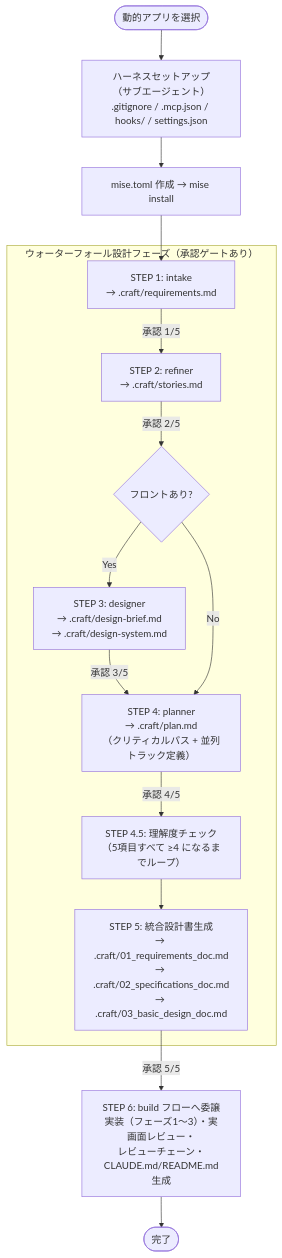
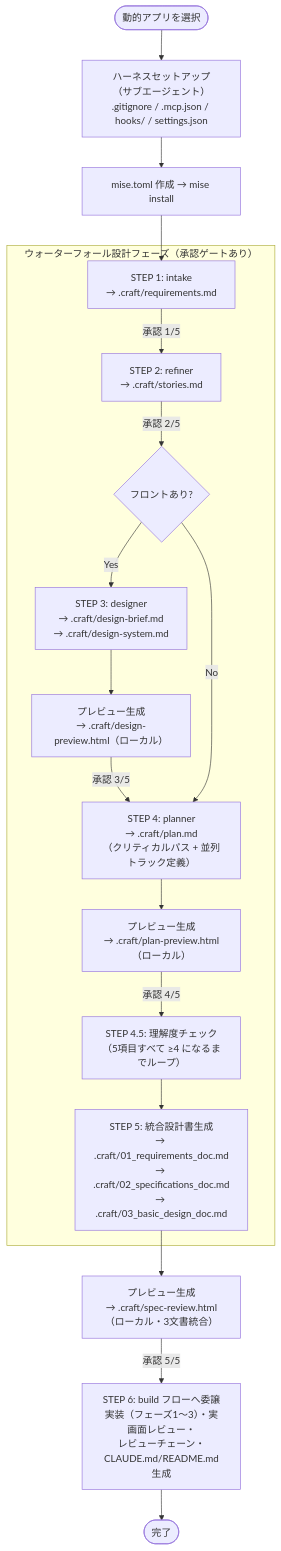
The diagram in claude/skills/craft/flows/new-project/README.md (agaemo/dotfiles), drawn with Mermaid before and after one commit. The commit also changed 9 other files, not shown here.

````diff
--- a/claude/skills/craft/flows/new-project/README.md
+++ b/claude/skills/craft/flows/new-project/README.md
@@ -6,31 +6,34 @@
 ```mermaid
 flowchart TD
     START([動的アプリを選択]) --> SETUP
 
     SETUP["ハーネスセットアップ\n（サブエージェント）\n.gitignore / .mcp.json / hooks/ / settings.json"]
     SETUP --> MISE["mise.toml 作成 → mise install"]
     MISE --> S1
 
     subgraph DESIGN["ウォーターフォール設計フェーズ（承認ゲートあり）"]
         S1["STEP 1: intake\n→ .craft/requirements.md"]
         S1 -->|承認 1/5| S2
         S2["STEP 2: refiner\n→ .craft/stories.md"]
         S2 -->|承認 2/5| S3_CHECK
 
         S3_CHECK{フロントあり?}
         S3_CHECK -->|Yes| S3["STEP 3: designer\n→ .craft/design-brief.md\n→ .craft/design-system.md"]
-        S3 -->|承認 3/5| S4
+        S3 --> S3P["プレビュー生成\n→ .craft/design-preview.html（ローカル）"]
+        S3P -->|承認 3/5| S4
         S3_CHECK -->|No| S4
 
         S4["STEP 4: planner\n→ .craft/plan.md\n（クリティカルパス + 並列トラック定義）"]
-        S4 -->|承認 4/5| S45
+        S4 --> S4P["プレビュー生成\n→ .craft/plan-preview.html（ローカル）"]
+        S4P -->|承認 4/5| S45
         S45["STEP 4.5: 理解度チェック\n（5項目すべて ≥4 になるまでループ）"]
         S45 --> S5
     end
 
     S5["STEP 5: 統合設計書生成\n→ .craft/01_requirements_doc.md\n→ .craft/02_specifications_doc.md\n→ .craft/03_basic_design_doc.md"]
-    S5 -->|承認 5/5| S6
+    S5 --> S5P["プレビュー生成\n→ .craft/spec-review.html（ローカル・3文書統合）"]
+    S5P -->|承認 5/5| S6
 
     S6["STEP 6: build フローへ委譲\n実装（フェーズ1〜3）・実画面レビュー・\nレビューチェーン・CLAUDE.md/README.md生成"]
     S6 --> END([完了])
 ```
````
